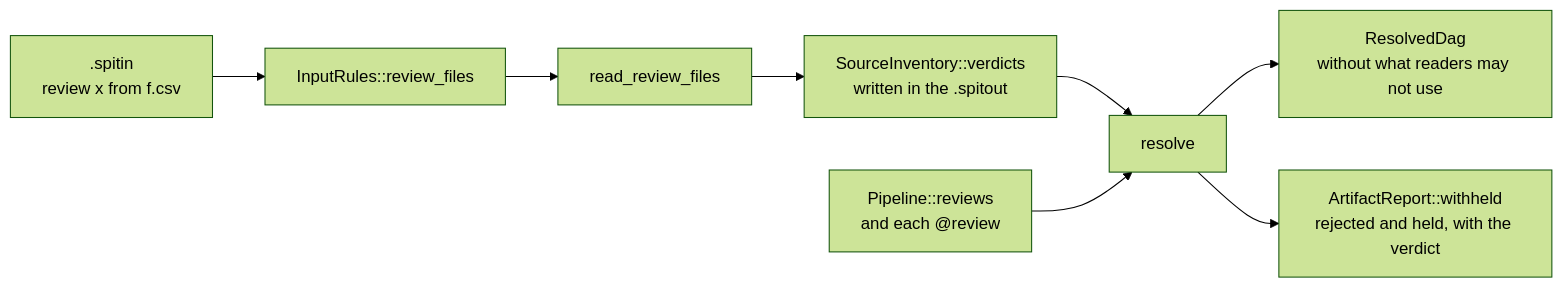
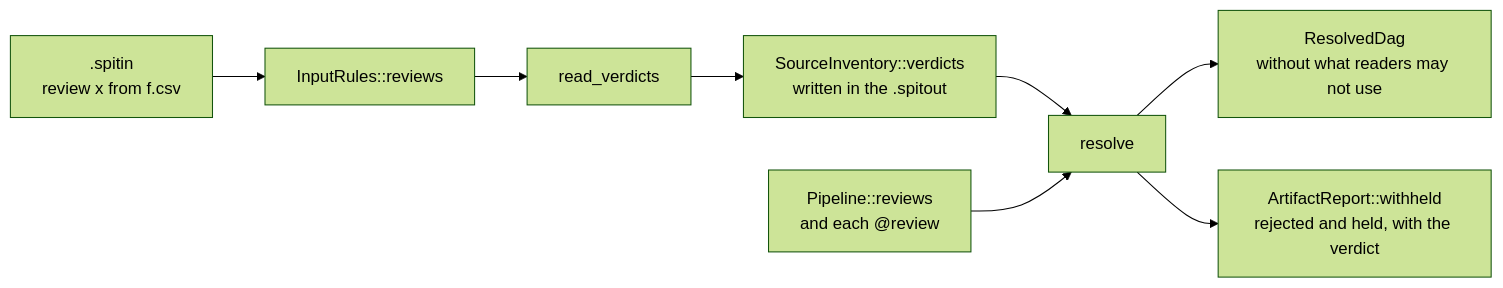
One commit to eclnz/spit changed the diagram in screens-and-reviews-203-plan.md. Above: the diagram before and after it, drawn with Mermaid (forest theme). The commit also changed other lines of this file, not shown here.

First line of the commit message:
Mark the steps of the reviews phase built, and record the choices made

````diff
--- a/screens-and-reviews-203-plan.md
+++ b/screens-and-reviews-203-plan.md
@@ -37,10 +37,10 @@
 ```mermaid
 flowchart LR
-    recipe[".spitin<br/>review x from f.csv"] --> rules["InputRules::review_files"]
-    rules --> read["read_review_files"]
+    recipe[".spitin<br/>review x from f.csv"] --> rules["InputRules::reviews"]
+    rules --> read["read_verdicts"]
     read --> inventory["SourceInventory::verdicts<br/>written in the .spitout"]
     inventory --> resolve["resolve"]
     pipeline["Pipeline::reviews<br/>and each @review"] --> resolve
     resolve --> dag["ResolvedDag<br/>without what readers may not use"]
     resolve --> withheld["ArtifactReport::withheld<br/>rejected and held, with the verdict"]
 ```
````
